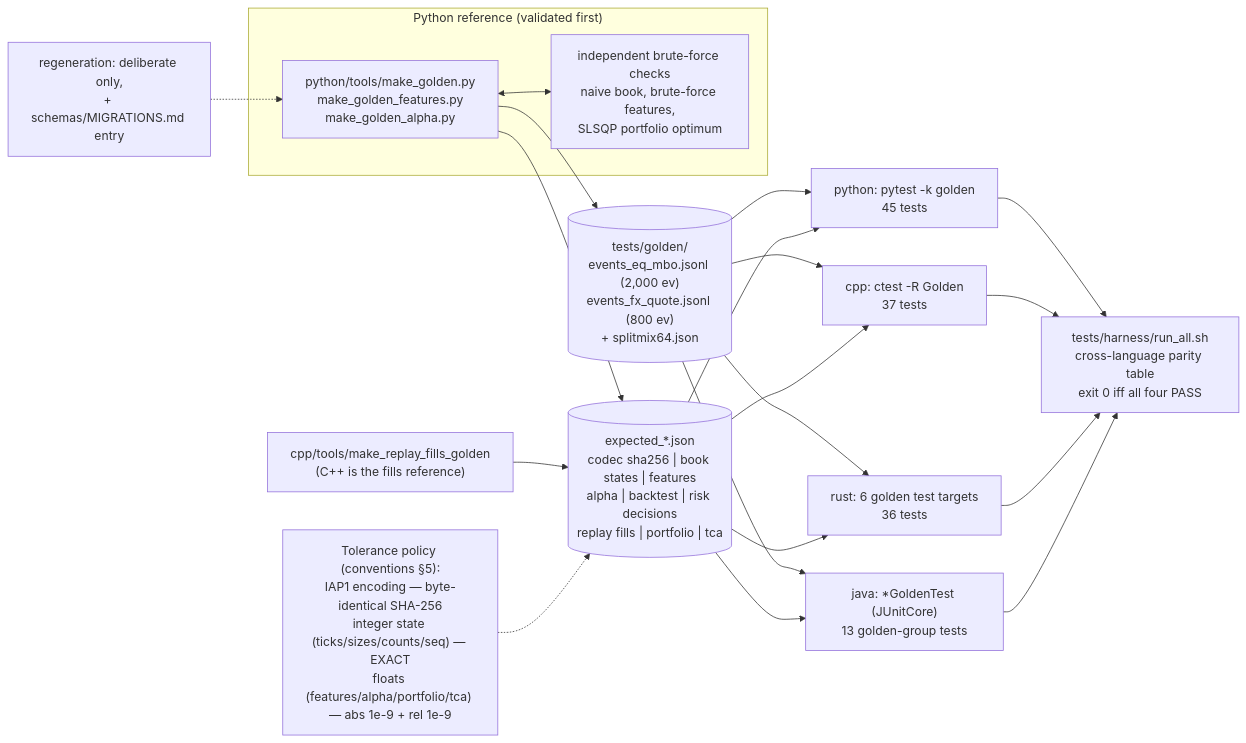
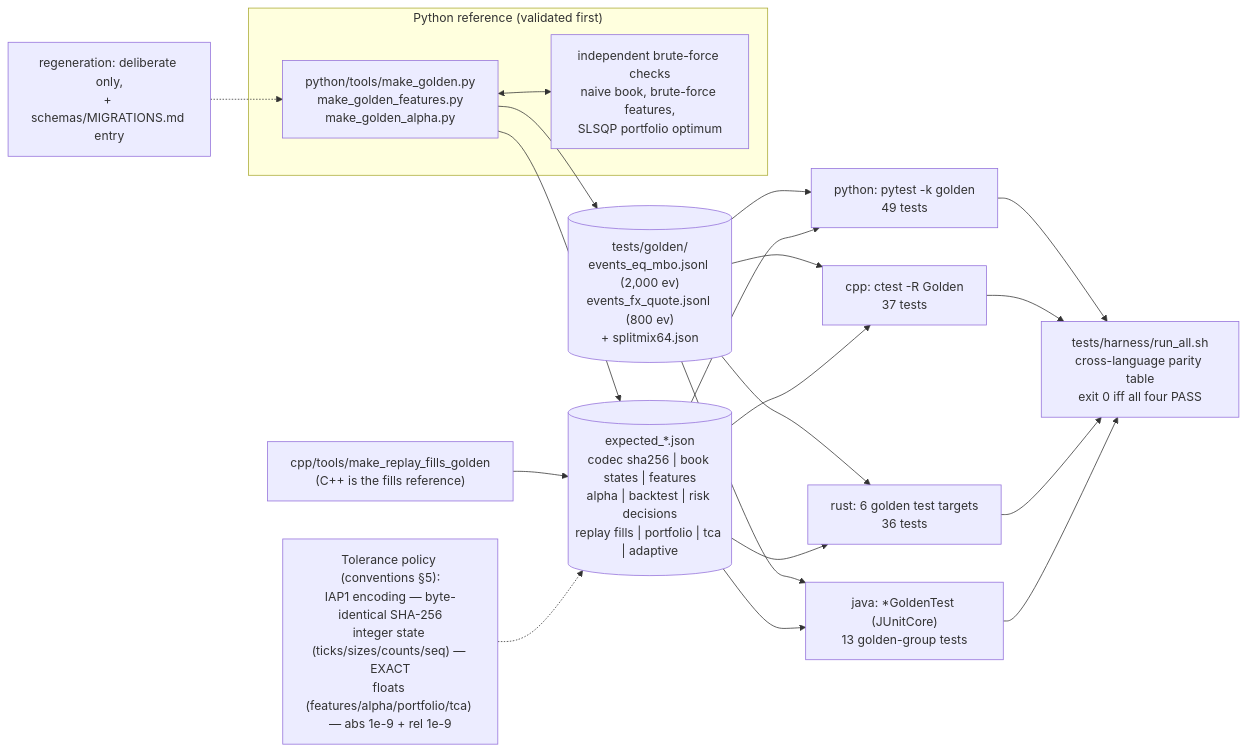
Before and after one commit to AshJha0/intraday-alpha-platform: the second of 3 diagrams in docs/ARCHITECTURE.md, drawn with Mermaid. The commit also changed other lines of this file and 95 other files, not shown here.

````diff
--- a/docs/ARCHITECTURE.md
+++ b/docs/ARCHITECTURE.md
@@ -161,25 +162,25 @@
 ```mermaid
 flowchart LR
     subgraph REF["Python reference (validated first)"]
         MG["python/tools/make_golden.py<br/>make_golden_features.py<br/>make_golden_alpha.py"]
         BF["independent brute-force checks<br/>naive book, brute-force features,<br/>SLSQP portfolio optimum"]
         MG <--> BF
     end
     MG --> GV[("tests/golden/<br/>events_eq_mbo.jsonl (2,000 ev)<br/>events_fx_quote.jsonl (800 ev)<br/>+ splitmix64.json")]
-    MG --> EXP[("expected_*.json<br/>codec sha256 | book states | features<br/>alpha | backtest | risk decisions<br/>replay fills | portfolio | tca")]
+    MG --> EXP[("expected_*.json<br/>codec sha256 | book states | features<br/>alpha | backtest | risk decisions<br/>replay fills | portfolio | tca | adaptive")]
     CPPTOOL["cpp/tools/make_replay_fills_golden<br/>(C++ is the fills reference)"] --> EXP
-    GV --> PY["python: pytest -k golden<br/>45 tests"]
+    GV --> PY["python: pytest -k golden<br/>49 tests"]
     GV --> CPP["cpp: ctest -R Golden<br/>37 tests"]
     GV --> RS["rust: 6 golden test targets<br/>36 tests"]
     GV --> JV["java: *GoldenTest (JUnitCore)<br/>13 golden-group tests"]
     EXP --> PY
     EXP --> CPP
     EXP --> RS
     EXP --> JV
     PY --> TAB["tests/harness/run_all.sh<br/>cross-language parity table<br/>exit 0 iff all four PASS"]
     CPP --> TAB
     RS --> TAB
     JV --> TAB
     TOL["Tolerance policy (conventions §5):<br/>IAP1 encoding — byte-identical SHA-256<br/>integer state (ticks/sizes/counts/seq) — EXACT<br/>floats (features/alpha/portfolio/tca) — abs 1e-9 + rel 1e-9"] -.-> EXP
     MIG["regeneration: deliberate only,<br/>+ schemas/MIGRATIONS.md entry"] -.-> MG
 ```
````
